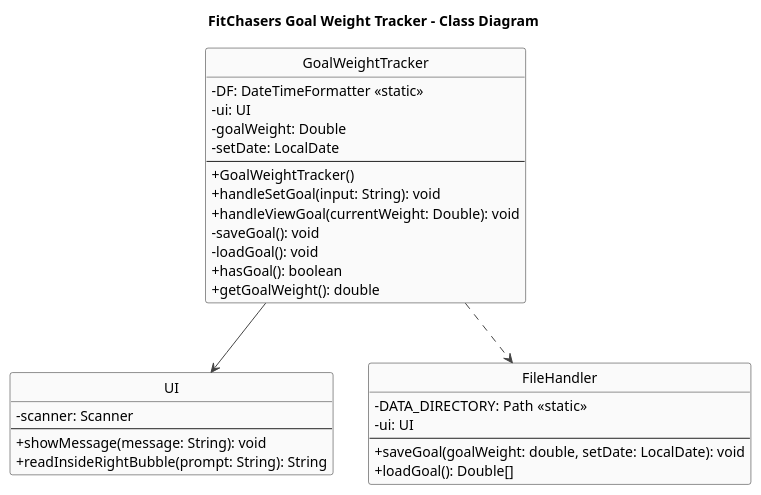
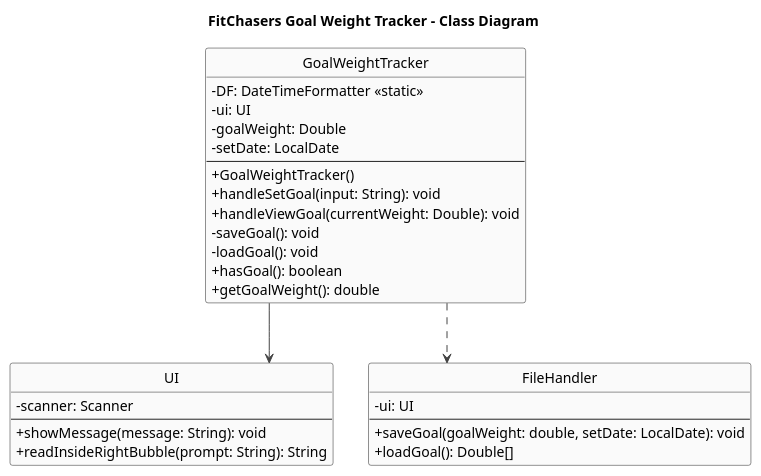
One commit to Exceptional-Khoi/tp changed the diagram in docs/diagrams/GoalWeightTracker_Class_Diagram.puml. Above: the diagram before and after it, drawn with PlantUML. The commit also changed 12 other files, not shown here.

Commit message:
Add object diagram

```diff
--- a/docs/diagrams/GoalWeightTracker_Class_Diagram.puml
+++ b/docs/diagrams/GoalWeightTracker_Class_Diagram.puml
@@ -1,47 +1,47 @@
 @startuml
 title FitChasers Goal Weight Tracker - Class Diagram
 
+skinparam linetype ortho
 skinparam shadowing false
 skinparam classAttributeIconSize 0
 skinparam ArrowColor #444
 skinparam ClassBorderColor #222
 skinparam ClassBackgroundColor #FAFAFA
 
 hide circle
 hide stereotype
 
 class GoalWeightTracker {
 -DF: DateTimeFormatter <<static>>
 -ui: UI
 -goalWeight: Double
 -setDate: LocalDate
 --
 +GoalWeightTracker()
 +handleSetGoal(input: String): void
 +handleViewGoal(currentWeight: Double): void
 -saveGoal(): void
 -loadGoal(): void
 +hasGoal(): boolean
 +getGoalWeight(): double
 }
 
 class UI {
 -scanner: Scanner
 --
 +showMessage(message: String): void
 +readInsideRightBubble(prompt: String): String
 }
 
 class FileHandler {
--DATA_DIRECTORY: Path <<static>>
 -ui: UI
 --
 +saveGoal(goalWeight: double, setDate: LocalDate): void
 +loadGoal(): Double[]
 }
 
 ' === Relationships ===
 GoalWeightTracker --> UI
 GoalWeightTracker ..> FileHandler
 
 @enduml
```
